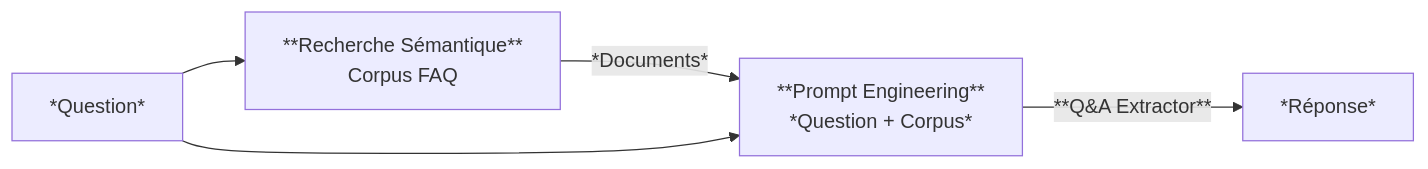
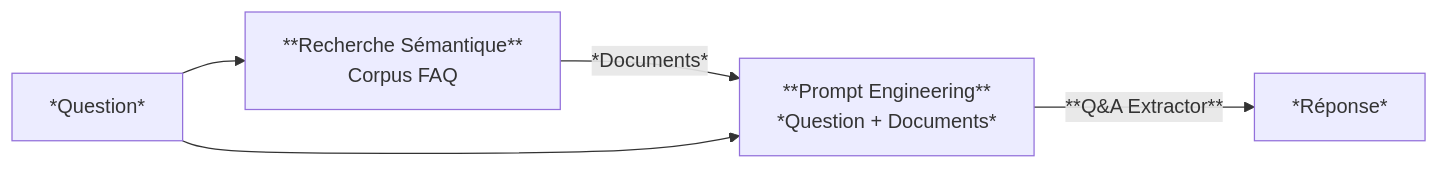
The third of 3 diagrams in docs/3-NOTE_CADRAGE.md (VestiC1/Projet-FAQ), drawn with Mermaid before and after one commit. The commit also changed other lines of this file, not shown here.

Commit message:
CHORE fix name in guidance strategy diagram

````diff
--- a/docs/3-NOTE_CADRAGE.md
+++ b/docs/3-NOTE_CADRAGE.md
@@ -133,13 +133,13 @@
 ```mermaid
 flowchart LR
 	A -->C
 	C -- *Documents* --> G
 
 	A --> G
 	G -- **Q&A Extractor**-->F
 	A[*Question*]
 
 	C["**Recherche Sémantique**<br>Corpus FAQ"]
 	F[*Réponse*]
-	G["**Prompt Engineering**<br/>*Question + Corpus*"]
+	G["**Prompt Engineering**<br/>*Question + Documents*"]
 ```
````
